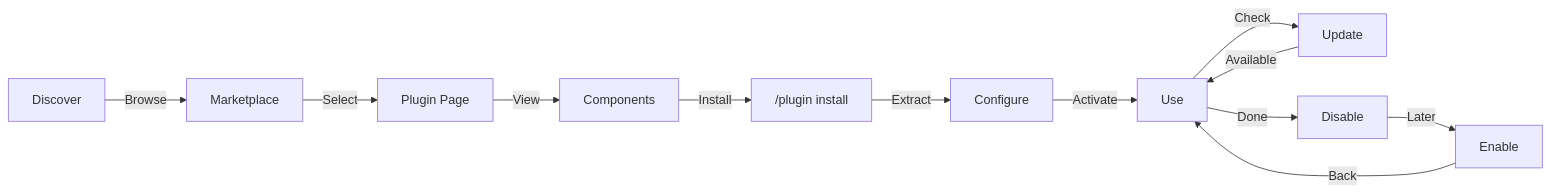
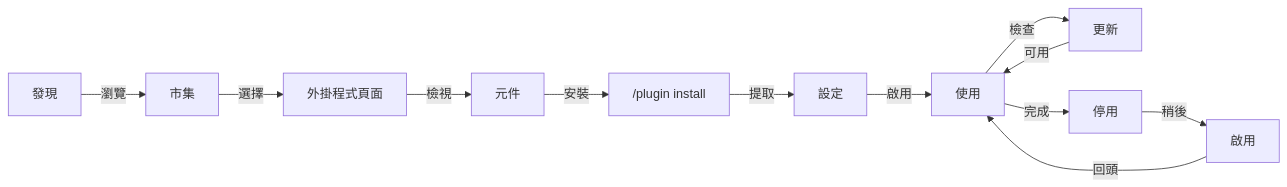
The fourth of 5 diagrams in 07-plugins/README.md (huckly/claude-howto-zh-tw), drawn with Mermaid before and after one commit. The commit also changed other lines of this file, not shown here.

````diff
--- a/07-plugins/README.md
+++ b/07-plugins/README.md
@@ -568,14 +565,14 @@
 ```mermaid
 graph LR
-    A["Discover"] -->|Browse| B["Marketplace"]
-    B -->|Select| C["Plugin Page"]
-    C -->|View| D["Components"]
-    D -->|Install| E["/plugin install"]
-    E -->|Extract| F["Configure"]
-    F -->|Activate| G["Use"]
-    G -->|Check| H["Update"]
-    H -->|Available| G
-    G -->|Done| I["Disable"]
-    I -->|Later| J["Enable"]
-    J -->|Back| G
+    A["發現"] -->|瀏覽| B["市集"]
+    B -->|選擇| C["外掛程式頁面"]
+    C -->|檢視| D["元件"]
+    D -->|安裝| E["/plugin install"]
+    E -->|提取| F["設定"]
+    F -->|啟用| G["使用"]
+    G -->|檢查| H["更新"]
+    H -->|可用| G
+    G -->|完成| I["停用"]
+    I -->|稍後| J["啟用"]
+    J -->|回頭| G
 ```
````
